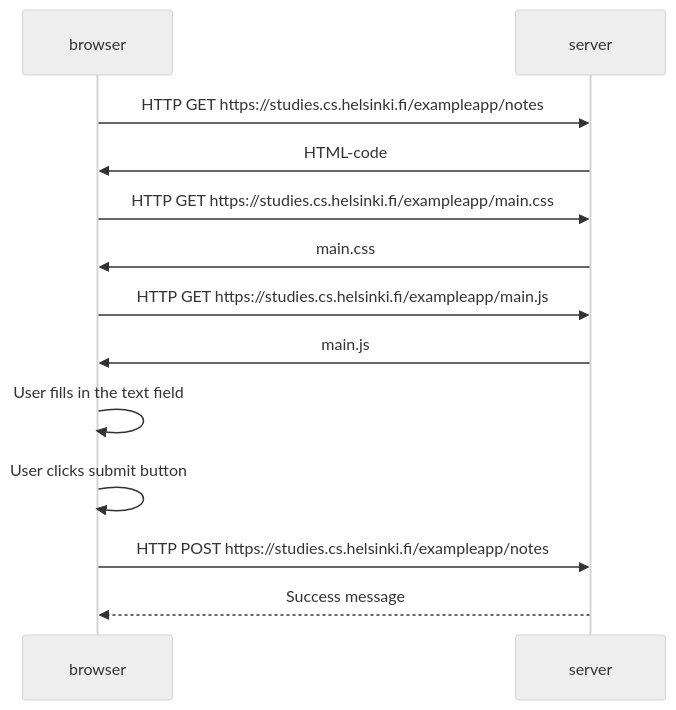
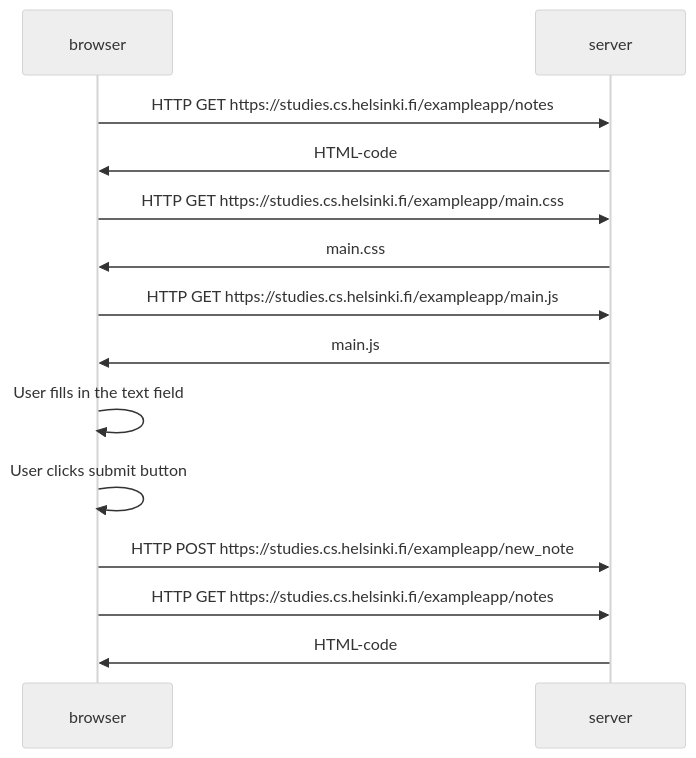
One commit to simon-archer/fullstack changed the diagram in part0/0.4: New note diagram.md. Above: the diagram before and after it, drawn with Mermaid (neutral theme).

Commit message:
Update 0.4: New note diagram.md

````diff
--- a/part0/0.4: New note diagram.md
+++ b/part0/0.4: New note diagram.md
@@ -5,17 +5,18 @@
 ```mermaid
 sequenceDiagram
     participant browser
     participant server
     browser->>server: HTTP GET https://studies.cs.helsinki.fi/exampleapp/notes
     server->>browser: HTML-code
     browser->>server: HTTP GET https://studies.cs.helsinki.fi/exampleapp/main.css
     server->>browser: main.css
     browser->>server: HTTP GET https://studies.cs.helsinki.fi/exampleapp/main.js
     server->>browser: main.js
     browser->>browser: User fills in the text field
 
     browser->>browser: User clicks submit button
 
-    browser->>server: HTTP POST https://studies.cs.helsinki.fi/exampleapp/notes
-    server-->>browser: Success message
+    browser->>server: HTTP POST https://studies.cs.helsinki.fi/exampleapp/new_note
+    browser->>server: HTTP GET https://studies.cs.helsinki.fi/exampleapp/notes
+    server->>browser: HTML-code
 ```
````
